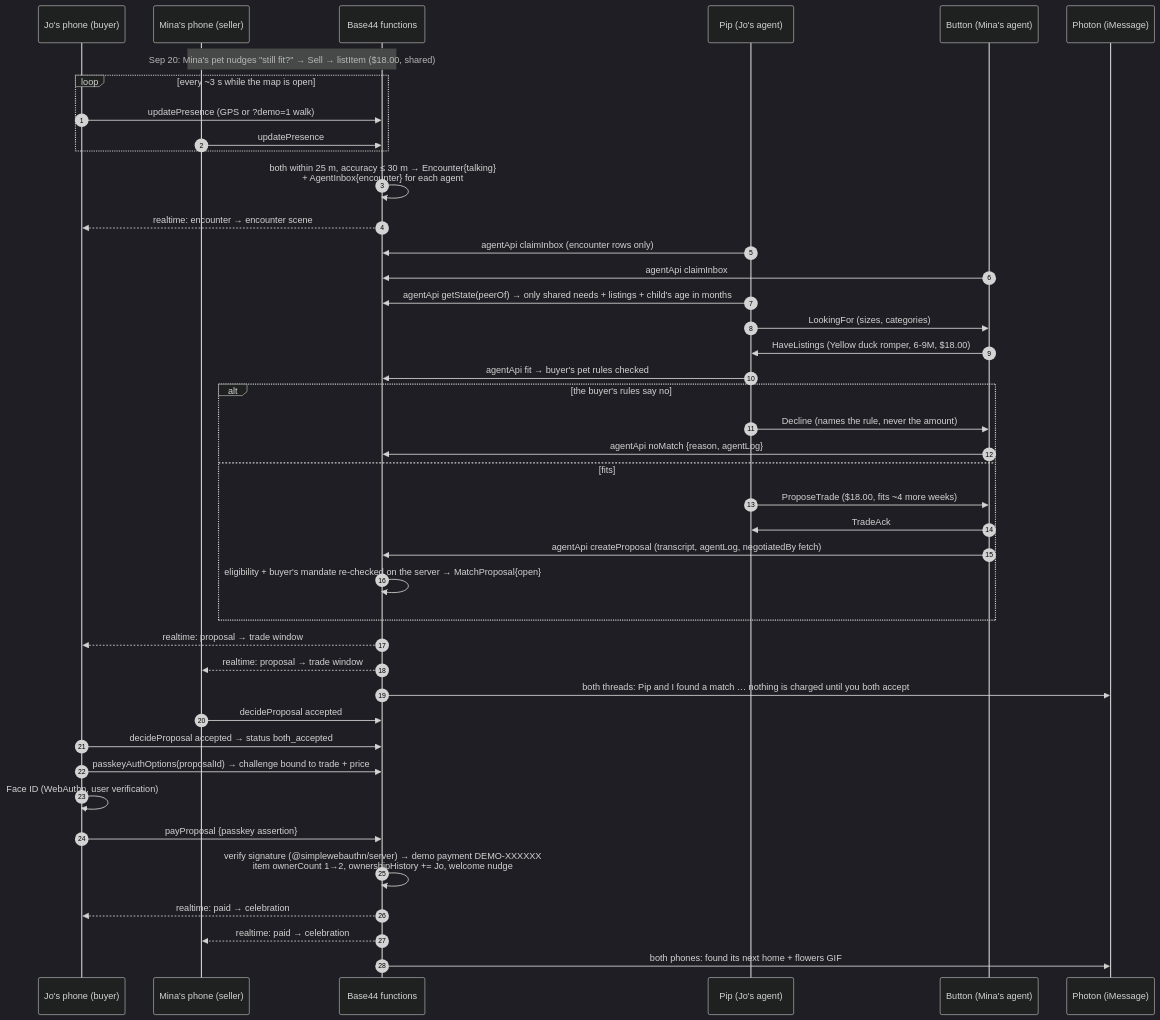
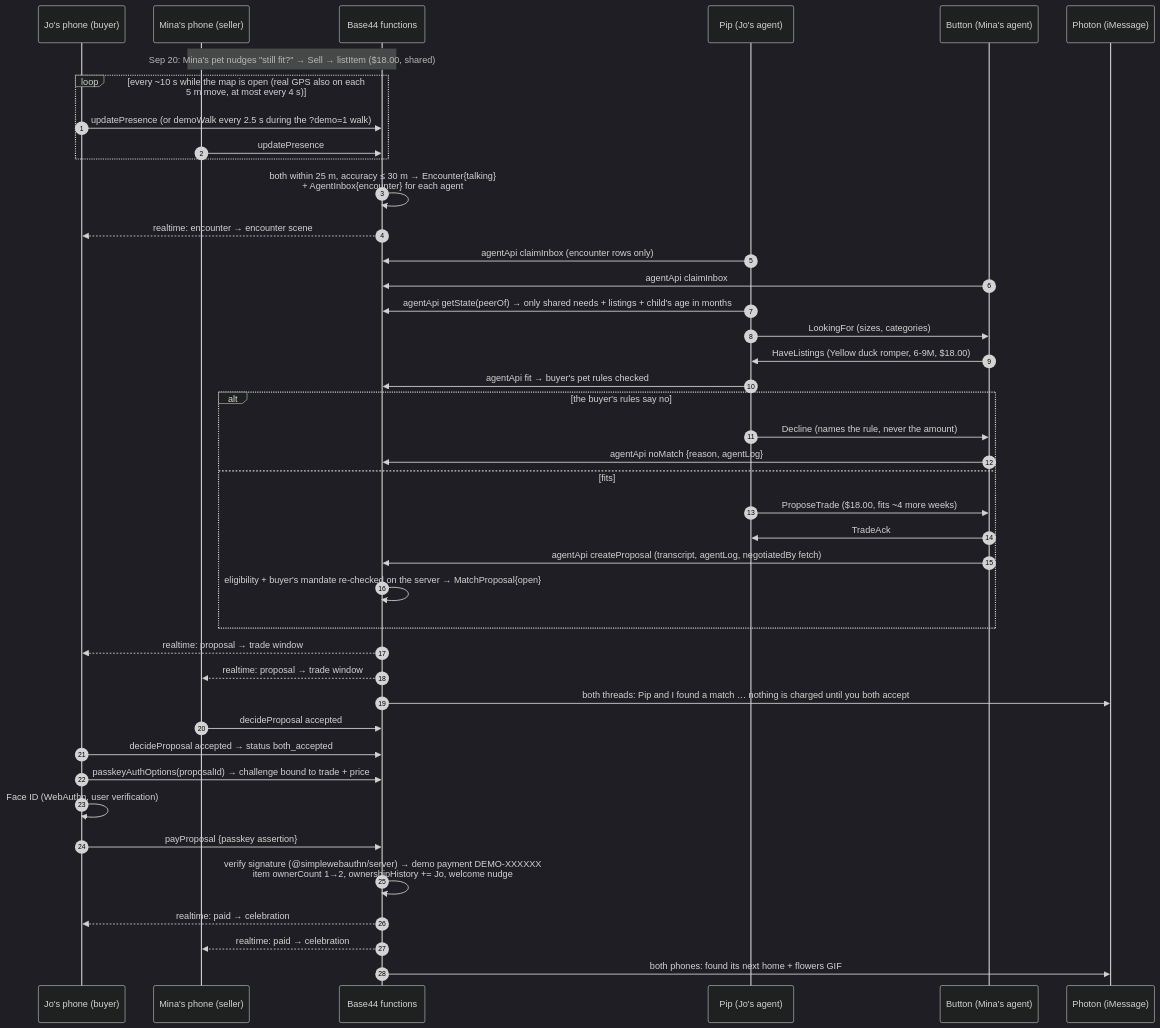
Before and after one commit to 96528025/SproutPass: the second of 4 diagrams in docs/submission/architecture.md, drawn with Mermaid (dark theme). The commit also changed other lines of this file and 64 other files, not shown here.

````diff
--- a/docs/submission/architecture.md
+++ b/docs/submission/architecture.md
@@ -79,45 +83,45 @@
 ```mermaid
 sequenceDiagram
   autonumber
   participant J as Jo's phone (buyer)
   participant M as Mina's phone (seller)
   participant B as Base44 functions
   participant AJ as Pip (Jo's agent)
   participant AM as Button (Mina's agent)
   participant P as Photon (iMessage)
 
   Note over M,B: Sep 20: Mina's pet nudges "still fit?" → Sell → listItem ($18.00, shared)
-  loop every ~3 s while the map is open
-    J->>B: updatePresence (GPS or ?demo=1 walk)
+  loop every ~10 s while the map is open (real GPS also on each 5 m move, at most every 4 s)
+    J->>B: updatePresence (or demoWalk every 2.5 s during the ?demo=1 walk)
     M->>B: updatePresence
   end
   B->>B: both within 25 m, accuracy ≤ 30 m → Encounter{talking}<br/>+ AgentInbox{encounter} for each agent
   B-->>J: realtime: encounter → encounter scene
   AJ->>B: agentApi claimInbox (encounter rows only)
   AM->>B: agentApi claimInbox
   AJ->>B: agentApi getState(peerOf) → only shared needs + listings + child's age in months
   AJ->>AM: LookingFor (sizes, categories)
   AM->>AJ: HaveListings (Yellow duck romper, 6-9M, $18.00)
   AJ->>B: agentApi fit → buyer's pet rules checked
   alt the buyer's rules say no
     AJ->>AM: Decline (names the rule, never the amount)
     AM->>B: agentApi noMatch {reason, agentLog}
   else fits
     AJ->>AM: ProposeTrade ($18.00, fits ~4 more weeks)
     AM->>AJ: TradeAck
     AM->>B: agentApi createProposal (transcript, agentLog, negotiatedBy fetch)
     B->>B: eligibility + buyer's mandate re-checked on the server → MatchProposal{open}
   end
   B-->>J: realtime: proposal → trade window
   B-->>M: realtime: proposal → trade window
   B->>P: both threads: Pip and I found a match … nothing is charged until you both accept
   M->>B: decideProposal accepted
   J->>B: decideProposal accepted → status both_accepted
   J->>B: passkeyAuthOptions(proposalId) → challenge bound to trade + price
   J->>J: Face ID (WebAuthn, user verification)
   J->>B: payProposal {passkey assertion}
   B->>B: verify signature (@simplewebauthn/server) → demo payment DEMO-XXXXXX<br/>item ownerCount 1→2, ownershipHistory += Jo, welcome nudge
   B-->>J: realtime: paid → celebration
   B-->>M: realtime: paid → celebration
   B->>P: both phones: found its next home + flowers GIF
 ```
````
